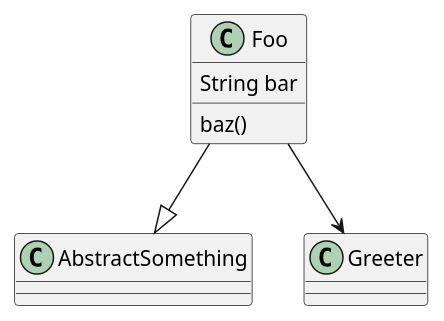
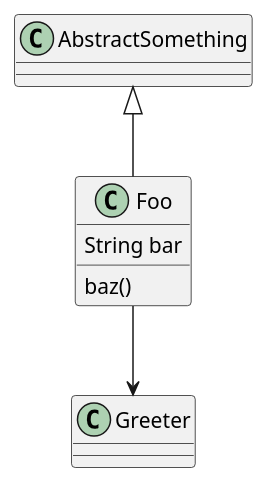
Before and after one commit to skurfuerst/ReST-summary: the second of 2 diagrams in index.rst, drawn with PlantUML. The commit also changed other lines of this file and 15 other files, not shown here.

Commit message:
Adjustments for UML and Graphviz rendering

```diff
--- a/index.rst
+++ b/index.rst
@@ -85,14 +85,14 @@
-	.. uml::
+.. uml::
 
-		class AbstractSomething {
-		}
+	class AbstractSomething {
+	}
 
-		class Foo {
-			String bar
-			baz()
-		}
-		class Greeter {
-		}
+	class Foo {
+		String bar
+		baz()
+	}
+	class Greeter {
+	}
 
-		Foo --|> AbstractSomething
-		Foo --> Greeter
+	AbstractSomething <|-- Foo
+	Foo --> Greeter
```
